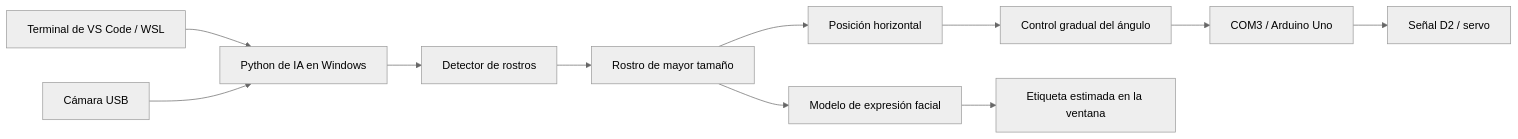
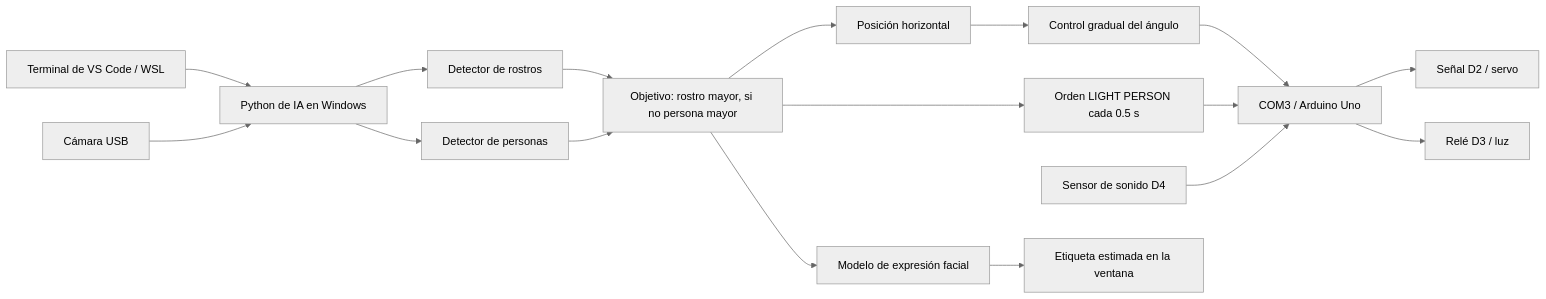
Before and after one commit to cokoy-ng/person-tracking-camera-system: the diagram in README.md, drawn with Mermaid (neutral theme). The commit also changed other lines of this file and 19 other files, not shown here.

````diff
--- a/README.md
+++ b/README.md
@@ -152,13 +145,19 @@
 ```mermaid
 flowchart LR
     A[Terminal de VS Code / WSL] --> B[Python de IA en Windows]
     C[Cámara USB] --> B
     B --> D[Detector de rostros]
-    D --> E[Rostro de mayor tamaño]
+    B --> P[Detector de personas]
+    D --> E[Objetivo: rostro mayor, si no persona mayor]
+    P --> E
     E --> F[Posición horizontal]
     F --> G[Control gradual del ángulo]
     G --> H[COM3 / Arduino Uno]
     H --> I[Señal D2 / servo]
+    E --> L[Orden LIGHT PERSON cada 0.5 s]
+    L --> H
+    H --> M[Relé D3 / luz]
+    N[Sensor de sonido D4] --> H
     E --> J[Modelo de expresión facial]
     J --> K[Etiqueta estimada en la ventana]
 ```
````
